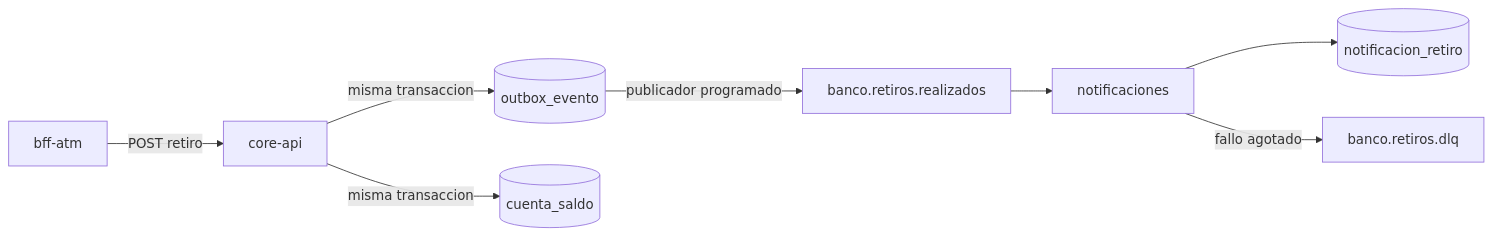
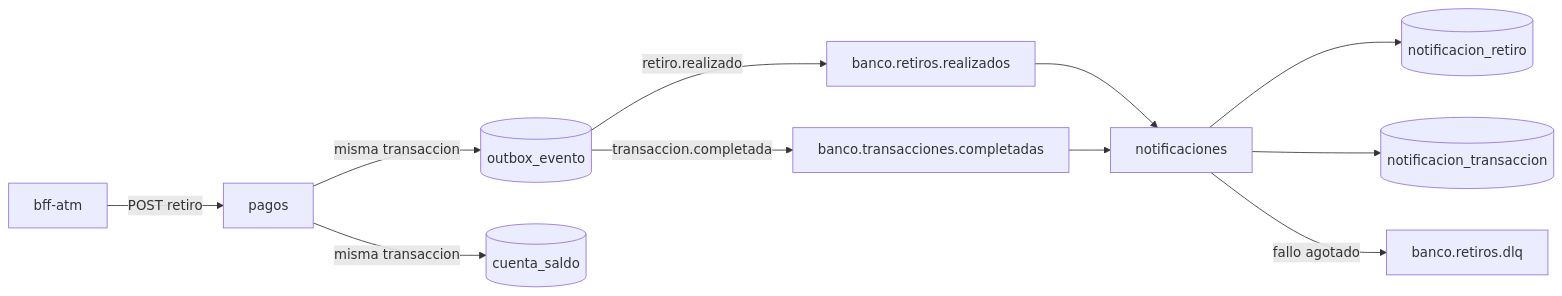
Before and after one commit to frseart0/S3_Backend3: the diagram in docs/arquitectura-eventos.md, drawn with Mermaid. The commit also changed other lines of this file and 144 other files, not shown here.

````diff
--- a/docs/arquitectura-eventos.md
+++ b/docs/arquitectura-eventos.md
@@ -18,19 +19,24 @@
 ```mermaid
 flowchart LR
   atm[bff-atm]
-  core[core-api]
+  pagos[pagos]
   outbox[(outbox_evento)]
   saldo[(cuenta_saldo)]
-  kafka[banco.retiros.realizados]
+  kafkaRetiro[banco.retiros.realizados]
+  kafkaTx[banco.transacciones.completadas]
   dlq[banco.retiros.dlq]
   notas[notificaciones]
   bitacora[(notificacion_retiro)]
+  bitacoraTx[(notificacion_transaccion)]
 
-  atm -->|POST retiro| core
-  core -->|misma transaccion| saldo
-  core -->|misma transaccion| outbox
-  outbox -->|publicador programado| kafka
-  kafka --> notas
+  atm -->|POST retiro| pagos
+  pagos -->|misma transaccion| saldo
+  pagos -->|misma transaccion| outbox
+  outbox -->|retiro.realizado| kafkaRetiro
+  outbox -->|transaccion.completada| kafkaTx
+  kafkaRetiro --> notas
+  kafkaTx --> notas
   notas --> bitacora
+  notas --> bitacoraTx
   notas -->|fallo agotado| dlq
 ```
````
